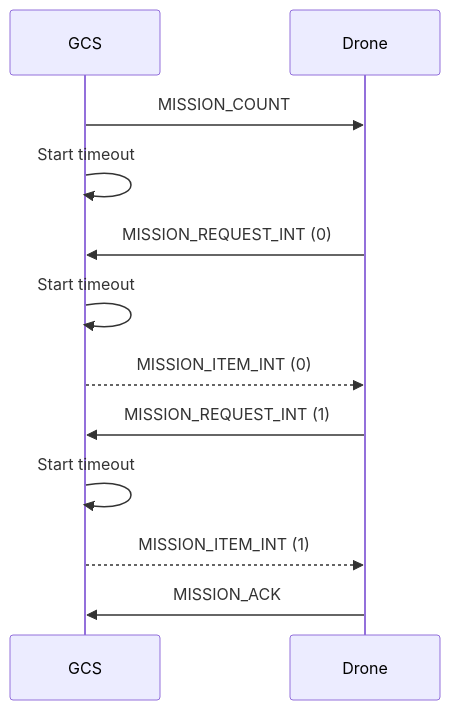
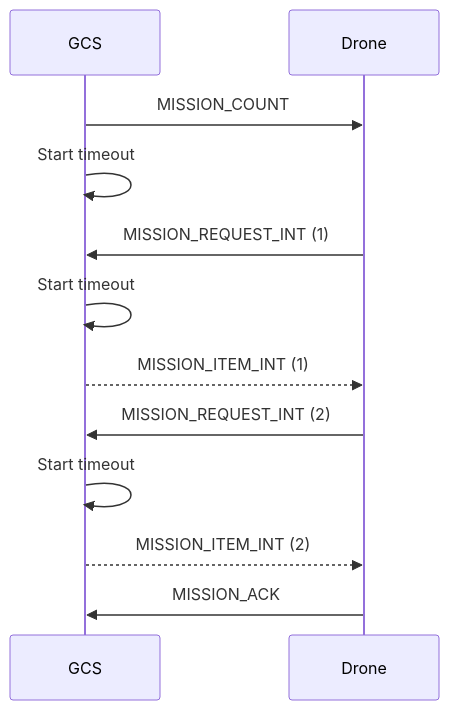
The first of 4 diagrams in en/services/mission.md (mavlink/mavlink-devguide), drawn with Mermaid before and after one commit. The commit also changed other lines of this file, not shown here.

Commit message:
MissionProtocol: Improve structure/wording

```diff
--- a/en/services/mission.md
+++ b/en/services/mission.md
@@ -111,14 +118,14 @@
 {% mermaid %}
 sequenceDiagram;
     participant GCS
     participant Drone
     GCS->>Drone: MISSION_COUNT
     GCS->>GCS: Start timeout
-    Drone->>GCS: MISSION_REQUEST_INT (0)
-    GCS->>GCS: Start timeout
-    GCS-->>Drone: MISSION_ITEM_INT (0)
     Drone->>GCS: MISSION_REQUEST_INT (1)
     GCS->>GCS: Start timeout
     GCS-->>Drone: MISSION_ITEM_INT (1)
+    Drone->>GCS: MISSION_REQUEST_INT (2)
+    GCS->>GCS: Start timeout
+    GCS-->>Drone: MISSION_ITEM_INT (2)
     Drone->>GCS: MISSION_ACK
 {% endmermaid %}
```
